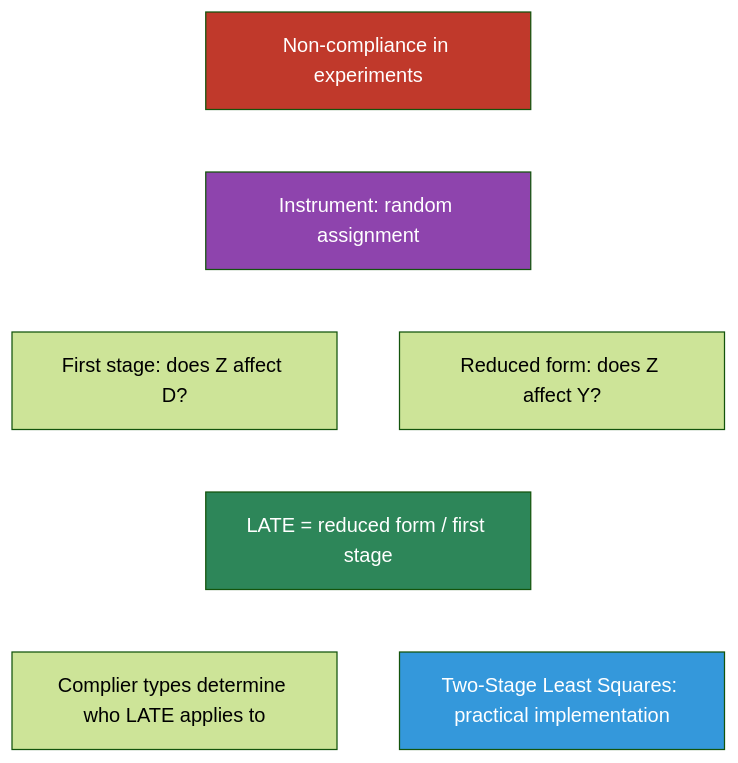
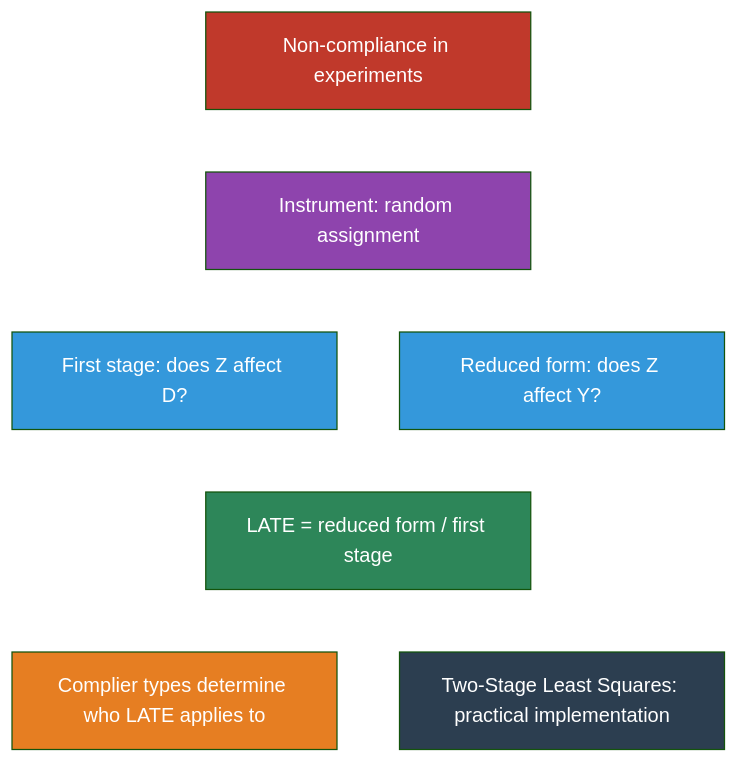
Before and after one commit to cmg777/intro2causal: the third of 3 diagrams in book/notebooks_quarto/03-instrumental-variables.qmd, drawn with Mermaid (forest theme). The commit also changed other lines of this file and 5 other files, not shown here.

Commit message:
Add missing node styles and explanatory paragraphs to all mermaid diagrams

````diff
--- a/book/notebooks_quarto/03-instrumental-variables.qmd
+++ b/book/notebooks_quarto/03-instrumental-variables.qmd
@@ -399,26 +401,29 @@
 ```{mermaid}
 %%| label: fig-concept-map
 %%| fig-cap: "How the key concepts of Chapter 3 connect"
 
 graph TD
     Q["Non-compliance in experiments"]
     Z["Instrument: random assignment"]
     FS["First stage: does Z affect D?"]
     RF["Reduced form: does Z affect Y?"]
     LATE["LATE = reduced form / first stage"]
     CT["Complier types determine who LATE applies to"]
     TSLS["Two-Stage Least Squares: practical implementation"]
 
     Q --> Z --> FS
     Z --> RF
     FS --> LATE
     RF --> LATE
     LATE --> CT
     LATE --> TSLS
 
     style Q fill:#c0392b,color:#fff
     style Z fill:#8e44ad,color:#fff
+    style FS fill:#3498db,color:#fff
+    style RF fill:#3498db,color:#fff
     style LATE fill:#2d8659,color:#fff
-    style TSLS fill:#3498db,color:#fff
+    style CT fill:#e67e22,color:#fff
+    style TSLS fill:#2c3e50,color:#fff
     linkStyle default stroke:#fff,stroke-width:2px
 ```
````
